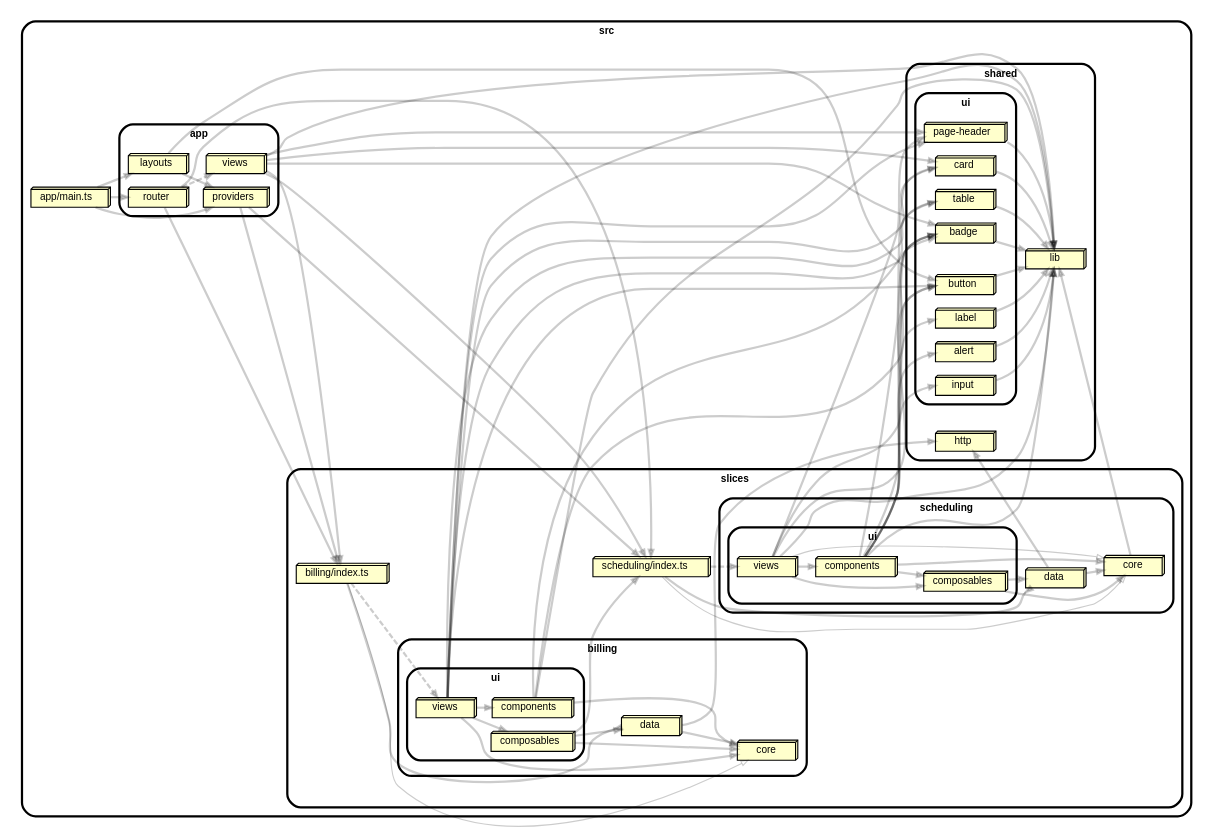
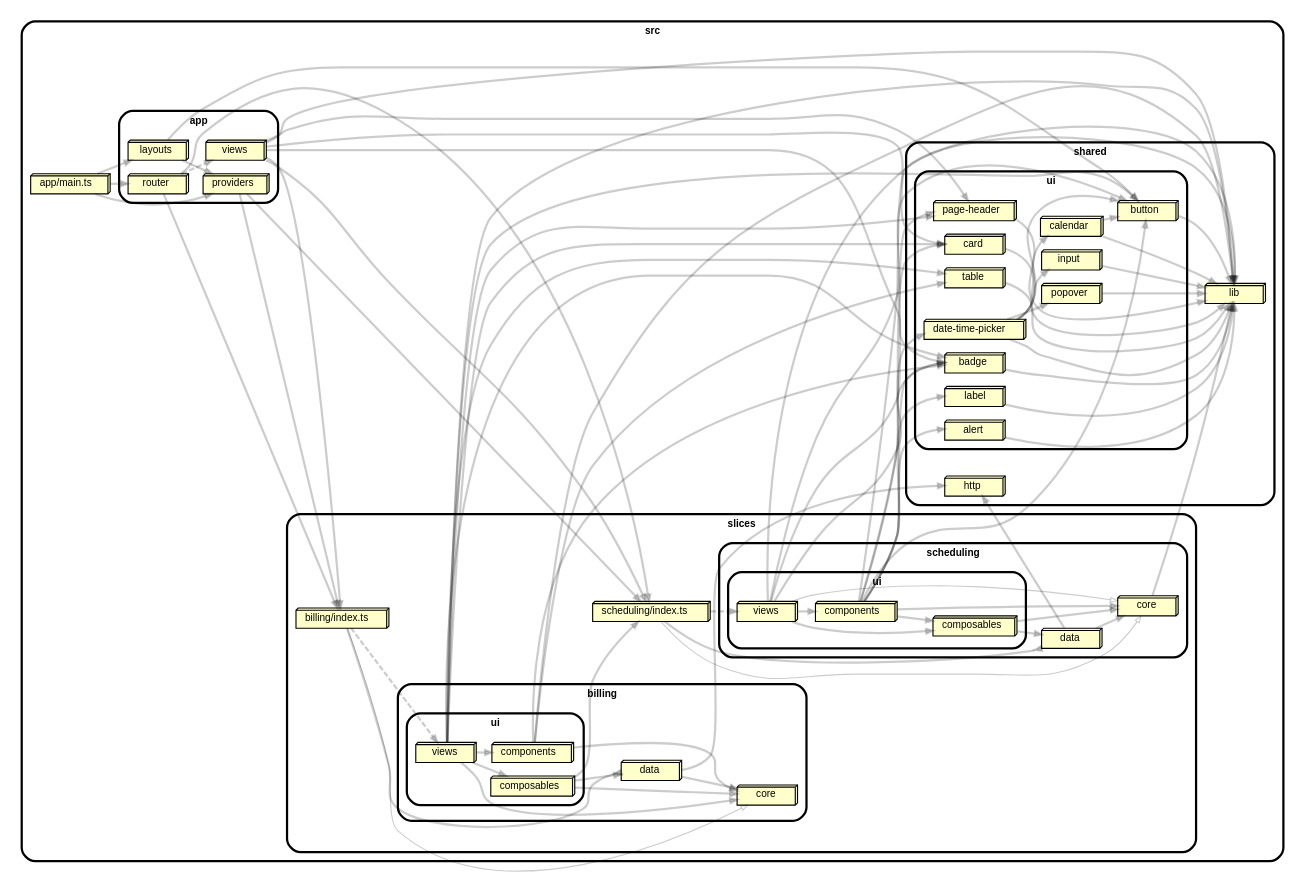
One commit to web-dev-sam/vise changed the diagram in docs/architecture-graph.dot. Above: the diagram before and after it, drawn with Graphviz. The commit also changed 37 other files, not shown here.

```diff
--- a/docs/architecture-graph.dot
+++ b/docs/architecture-graph.dot
@@ -32,14 +32,25 @@
     "src/shared/ui/badge" -> "src/shared/lib"
     subgraph "cluster_src" {label="src" "src" [width="0.05" shape="point" style="invis"] subgraph "cluster_src/shared" {label="shared" "src/shared" [width="0.05" shape="point" style="invis"] subgraph "cluster_src/shared/ui" {label="ui" "src/shared/ui" [width="0.05" shape="point" style="invis"] "src/shared/ui/button" [label=<button> tooltip="button" URL="src/shared/ui/button" shape="box3d"] } } }
     "src/shared/ui/button" -> "src/shared/lib"
+    subgraph "cluster_src" {label="src" "src" [width="0.05" shape="point" style="invis"] subgraph "cluster_src/shared" {label="shared" "src/shared" [width="0.05" shape="point" style="invis"] subgraph "cluster_src/shared/ui" {label="ui" "src/shared/ui" [width="0.05" shape="point" style="invis"] "src/shared/ui/calendar" [label=<calendar> tooltip="calendar" URL="src/shared/ui/calendar" shape="box3d"] } } }
+    "src/shared/ui/calendar" -> "src/shared/lib"
+    "src/shared/ui/calendar" -> "src/shared/ui/button"
     subgraph "cluster_src" {label="src" "src" [width="0.05" shape="point" style="invis"] subgraph "cluster_src/shared" {label="shared" "src/shared" [width="0.05" shape="point" style="invis"] subgraph "cluster_src/shared/ui" {label="ui" "src/shared/ui" [width="0.05" shape="point" style="invis"] "src/shared/ui/card" [label=<card> tooltip="card" URL="src/shared/ui/card" shape="box3d"] } } }
     "src/shared/ui/card" -> "src/shared/lib"
+    subgraph "cluster_src" {label="src" "src" [width="0.05" shape="point" style="invis"] subgraph "cluster_src/shared" {label="shared" "src/shared" [width="0.05" shape="point" style="invis"] subgraph "cluster_src/shared/ui" {label="ui" "src/shared/ui" [width="0.05" shape="point" style="invis"] "src/shared/ui/date-time-picker" [label=<date-time-picker> tooltip="date-time-picker" URL="src/shared/ui/date-time-picker" shape="box3d"] } } }
+    "src/shared/ui/date-time-picker" -> "src/shared/lib"
+    "src/shared/ui/date-time-picker" -> "src/shared/ui/button"
+    "src/shared/ui/date-time-picker" -> "src/shared/ui/calendar"
+    "src/shared/ui/date-time-picker" -> "src/shared/ui/input"
+    "src/shared/ui/date-time-picker" -> "src/shared/ui/popover"
     subgraph "cluster_src" {label="src" "src" [width="0.05" shape="point" style="invis"] subgraph "cluster_src/shared" {label="shared" "src/shared" [width="0.05" shape="point" style="invis"] subgraph "cluster_src/shared/ui" {label="ui" "src/shared/ui" [width="0.05" shape="point" style="invis"] "src/shared/ui/input" [label=<input> tooltip="input" URL="src/shared/ui/input" shape="box3d"] } } }
     "src/shared/ui/input" -> "src/shared/lib"
     subgraph "cluster_src" {label="src" "src" [width="0.05" shape="point" style="invis"] subgraph "cluster_src/shared" {label="shared" "src/shared" [width="0.05" shape="point" style="invis"] subgraph "cluster_src/shared/ui" {label="ui" "src/shared/ui" [width="0.05" shape="point" style="invis"] "src/shared/ui/label" [label=<label> tooltip="label" URL="src/shared/ui/label" shape="box3d"] } } }
     "src/shared/ui/label" -> "src/shared/lib"
     subgraph "cluster_src" {label="src" "src" [width="0.05" shape="point" style="invis"] subgraph "cluster_src/shared" {label="shared" "src/shared" [width="0.05" shape="point" style="invis"] subgraph "cluster_src/shared/ui" {label="ui" "src/shared/ui" [width="0.05" shape="point" style="invis"] "src/shared/ui/page-header" [label=<page-header> tooltip="page-header" URL="src/shared/ui/page-header" shape="box3d"] } } }
     "src/shared/ui/page-header" -> "src/shared/lib"
+    subgraph "cluster_src" {label="src" "src" [width="0.05" shape="point" style="invis"] subgraph "cluster_src/shared" {label="shared" "src/shared" [width="0.05" shape="point" style="invis"] subgraph "cluster_src/shared/ui" {label="ui" "src/shared/ui" [width="0.05" shape="point" style="invis"] "src/shared/ui/popover" [label=<popover> tooltip="popover" URL="src/shared/ui/popover" shape="box3d"] } } }
+    "src/shared/ui/popover" -> "src/shared/lib"
     subgraph "cluster_src" {label="src" "src" [width="0.05" shape="point" style="invis"] subgraph "cluster_src/shared" {label="shared" "src/shared" [width="0.05" shape="point" style="invis"] subgraph "cluster_src/shared/ui" {label="ui" "src/shared/ui" [width="0.05" shape="point" style="invis"] "src/shared/ui/table" [label=<table> tooltip="table" URL="src/shared/ui/table" shape="box3d"] } } }
     "src/shared/ui/table" -> "src/shared/lib"
     subgraph "cluster_src" {label="src" "src" [width="0.05" shape="point" style="invis"] subgraph "cluster_src/slices" {label="slices" "src/slices" [width="0.05" shape="point" style="invis"] "src/slices/billing" [label=<billing/index.ts> tooltip="billing" URL="src/slices/billing" shape="box3d"] } }
@@ -86,7 +97,7 @@
     "src/slices/scheduling/ui/components" -> "src/slices/scheduling/ui/composables"
     "src/slices/scheduling/ui/components" -> "src/shared/ui/alert"
     "src/slices/scheduling/ui/components" -> "src/shared/ui/button"
-    "src/slices/scheduling/ui/components" -> "src/shared/ui/input"
+    "src/slices/scheduling/ui/components" -> "src/shared/ui/date-time-picker"
     "src/slices/scheduling/ui/components" -> "src/shared/ui/label"
     subgraph "cluster_src" {label="src" "src" [width="0.05" shape="point" style="invis"] subgraph "cluster_src/slices" {label="slices" "src/slices" [width="0.05" shape="point" style="invis"] subgraph "cluster_src/slices/scheduling" {label="scheduling" subgraph "cluster_src/slices/scheduling/ui" {label="ui" "src/slices/scheduling/ui" [width="0.05" shape="point" style="invis"] "src/slices/scheduling/ui/composables" [label=<composables> tooltip="composables" URL="src/slices/scheduling/ui/composables" shape="box3d"] } } } }
     "src/slices/scheduling/ui/composables" -> "src/slices/scheduling/core"
```
